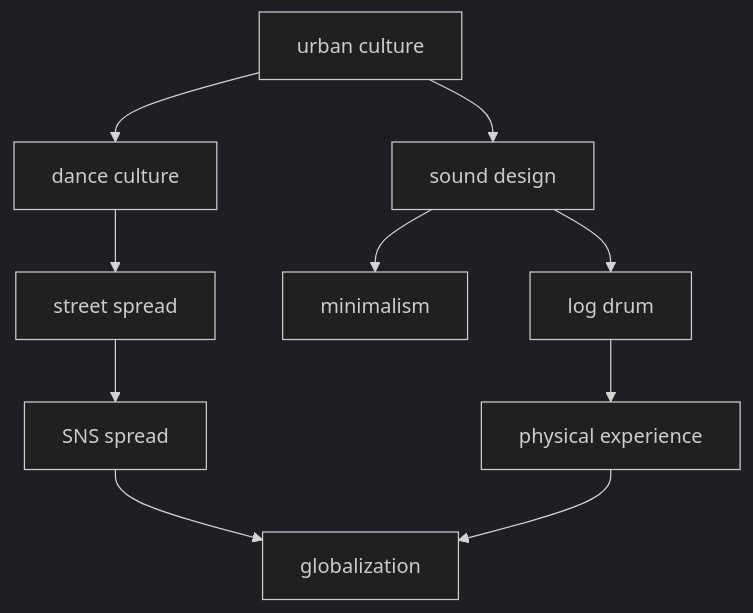
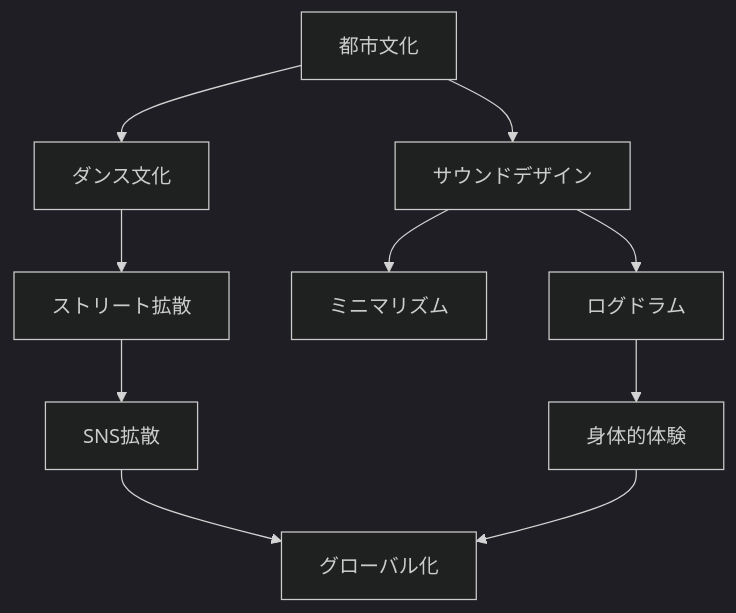
The second of 2 diagrams in en/_posts/2026-04-03-column-amapiano2.md (monumental-movement/monumental-movement.github.io), drawn with Mermaid (dark theme) before and after one commit. The commit also changed other lines of this file and 2196 other files, not shown here.

```diff
--- a/en/_posts/2026-04-03-column-amapiano2.md
+++ b/en/_posts/2026-04-03-column-amapiano2.md
@@ -183,12 +183,12 @@
 <div class="mermaid">
 flowchart TD
-    A[urban culture] --> B[sound design]
-    A --> C[dance culture]
-    B --> D[log drum]
-    B --> E[minimalism]
-    C --> F[street spread]
-    D --> G[physical experience]
-    F --> H[SNS spread]
-    H --> I[globalization]
+    A[都市文化] --> B[サウンドデザイン]
+    A --> C[ダンス文化]
+    B --> D[ログドラム]
+    B --> E[ミニマリズム]
+    C --> F[ストリート拡散]
+    D --> G[身体的体験]
+    F --> H[SNS拡散]
+    H --> I[グローバル化]
     G --> I
 </div>
```
